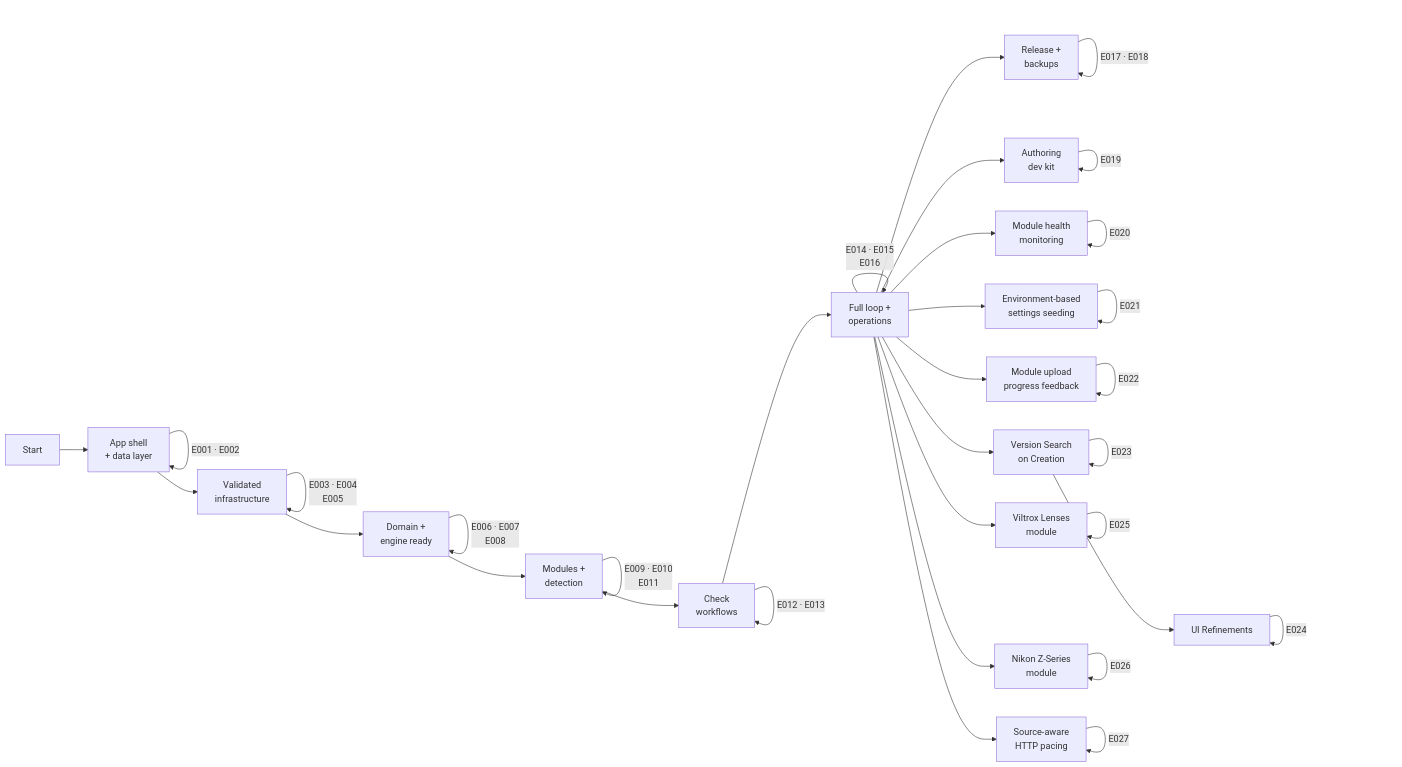
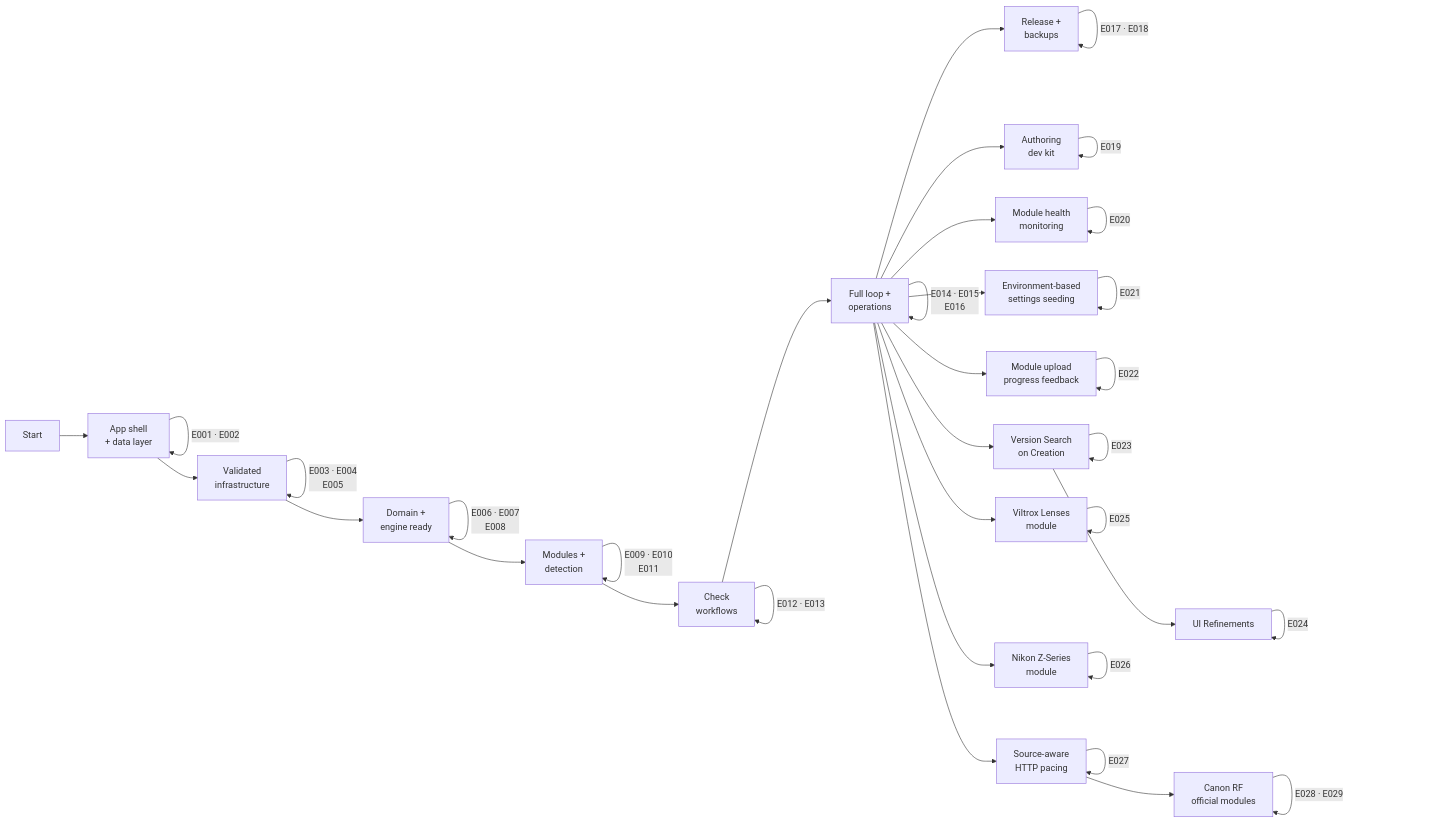
The diagram in specs/project-plan.md (attilaszasz/Binocular), drawn with Mermaid before and after one commit. The commit also changed other lines of this file and 59 other files, not shown here.

Commit message:
feat(official_modules): add Canon RF cameras and lenses

````diff
--- a/specs/project-plan.md
+++ b/specs/project-plan.md
@@ -128,49 +135,52 @@
 ```mermaid
 graph LR
     START["Start"] --> M1["App shell<br>+ data layer"]
     M1 -->|"E001 · E002"| M1
 
     M1 --> M2["Validated<br>infrastructure"]
     M2 -->|"E003 · E004<br>E005"| M2
 
     M2 --> M3["Domain +<br>engine ready"]
     M3 -->|"E006 · E007<br>E008"| M3
 
     M3 --> M4["Modules +<br>detection"]
     M4 -->|"E009 · E010<br>E011"| M4
 
     M4 --> M5["Check<br>workflows"]
     M5 -->|"E012 · E013"| M5
 
     M5 --> M6["Full loop +<br>operations"]
     M6 -->|"E014 · E015<br>E016"| M6
 
     M6 --> M7["Release +<br>backups"]
     M7 -->|"E017 · E018"| M7
 
     M6 --> M8["Authoring<br>dev kit"]
     M8 -->|"E019"| M8
 
     M6 --> M9["Module health<br>monitoring"]
     M9 -->|"E020"| M9
 
     M6 --> M10["Environment-based<br>settings seeding"]
     M10 -->|"E021"| M10
 
     M6 --> M11["Module upload<br>progress feedback"]
     M11 -->|"E022"| M11
 
     M6 --> M12["Version Search<br>on Creation"]
     M12 -->|"E023"| M12
     M12 --> M13["UI Refinements"]
     M13 -->|"E024"| M13
 
     M6 --> M14["Viltrox Lenses<br>module"]
     M14 -->|"E025"| M14
 
     M6 --> M15["Nikon Z-Series<br>module"]
     M15 -->|"E026"| M15
 
     M6 --> M16["Source-aware<br>HTTP pacing"]
     M16 -->|"E027"| M16
+
+    M16 --> M17["Canon RF<br>official modules"]
+    M17 -->|"E028 · E029"| M17
 ```
````
